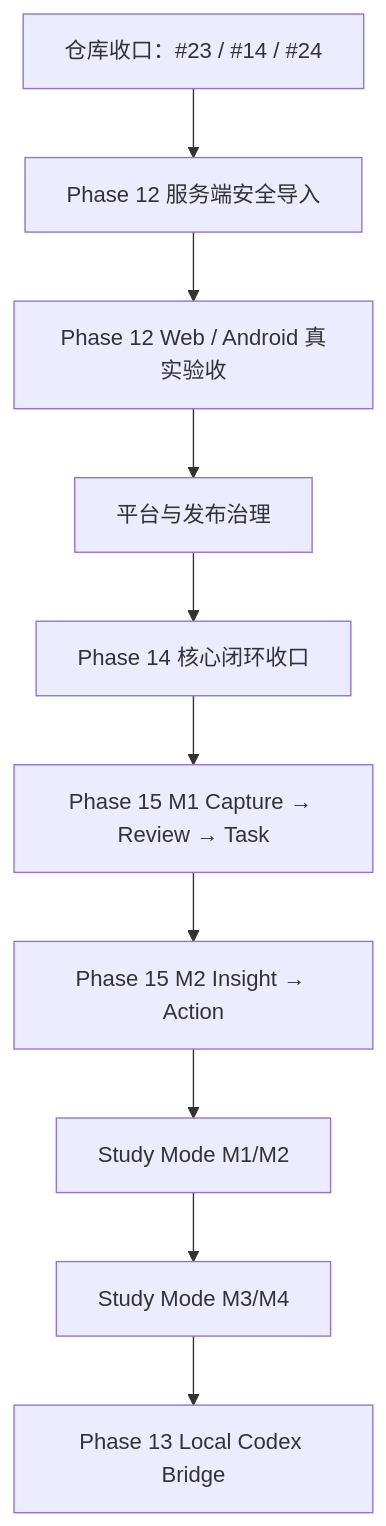
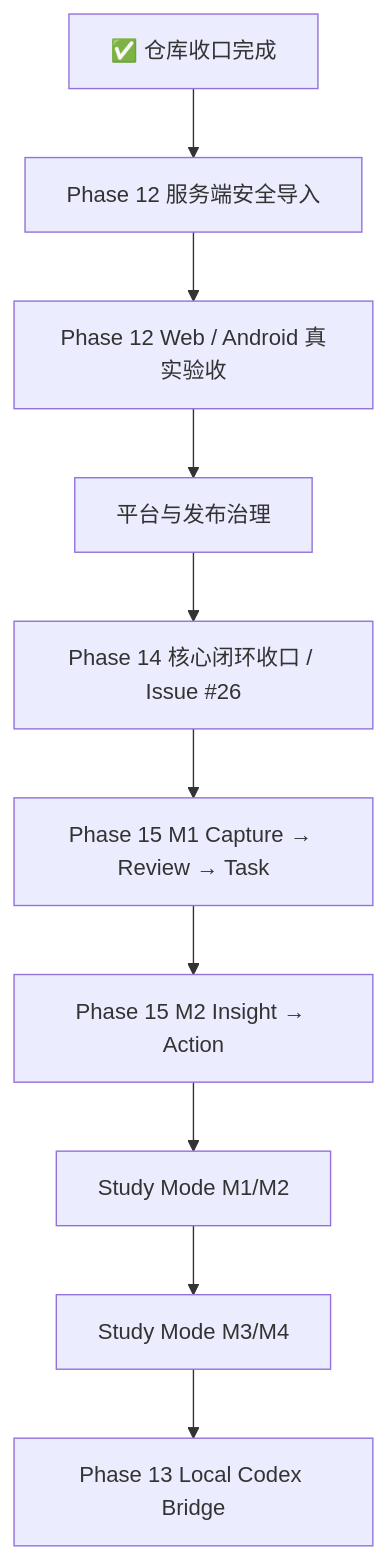
Before and after one commit to tiads031-boop/sparkflow: the second of 2 diagrams in PROJECT_BLUEPRINT.md, drawn with Mermaid. The commit also changed other lines of this file, not shown here.

````diff
--- a/PROJECT_BLUEPRINT.md
+++ b/PROJECT_BLUEPRINT.md
@@ -245,12 +207,12 @@
 ```mermaid
 flowchart TD
-    A["仓库收口：#23 / #14 / #24"] --> B["Phase 12 服务端安全导入"]
+    A["✅ 仓库收口完成"] --> B["Phase 12 服务端安全导入"]
     B --> C["Phase 12 Web / Android 真实验收"]
     C --> D["平台与发布治理"]
-    D --> E["Phase 14 核心闭环收口"]
+    D --> E["Phase 14 核心闭环收口 / Issue #26"]
     E --> F["Phase 15 M1 Capture → Review → Task"]
     F --> G["Phase 15 M2 Insight → Action"]
     G --> H["Study Mode M1/M2"]
     H --> I["Study Mode M3/M4"]
     I --> J["Phase 13 Local Codex Bridge"]
 ```
````
